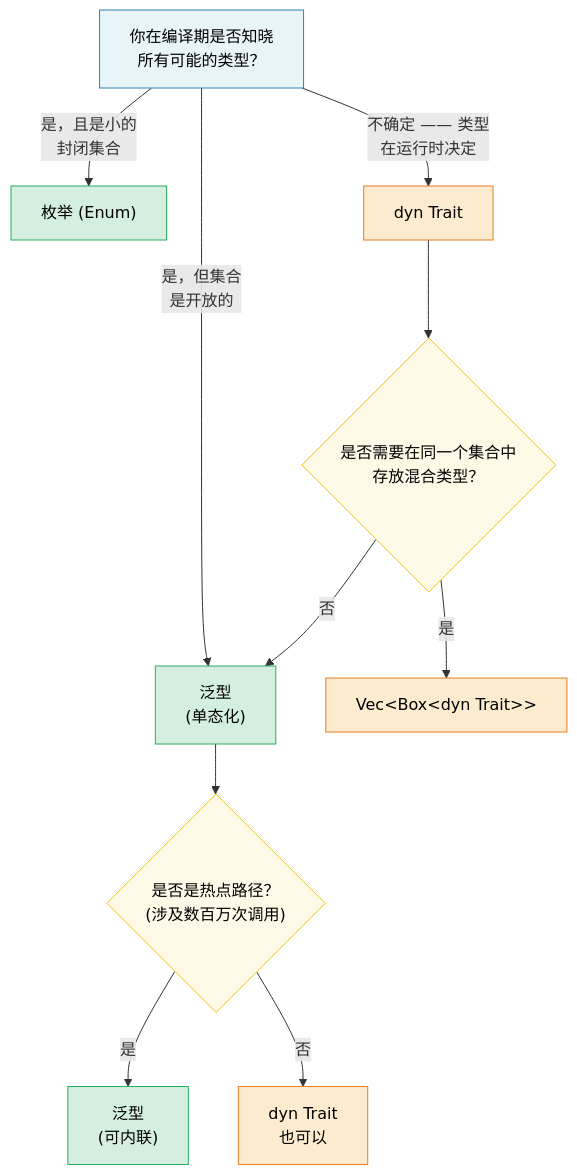
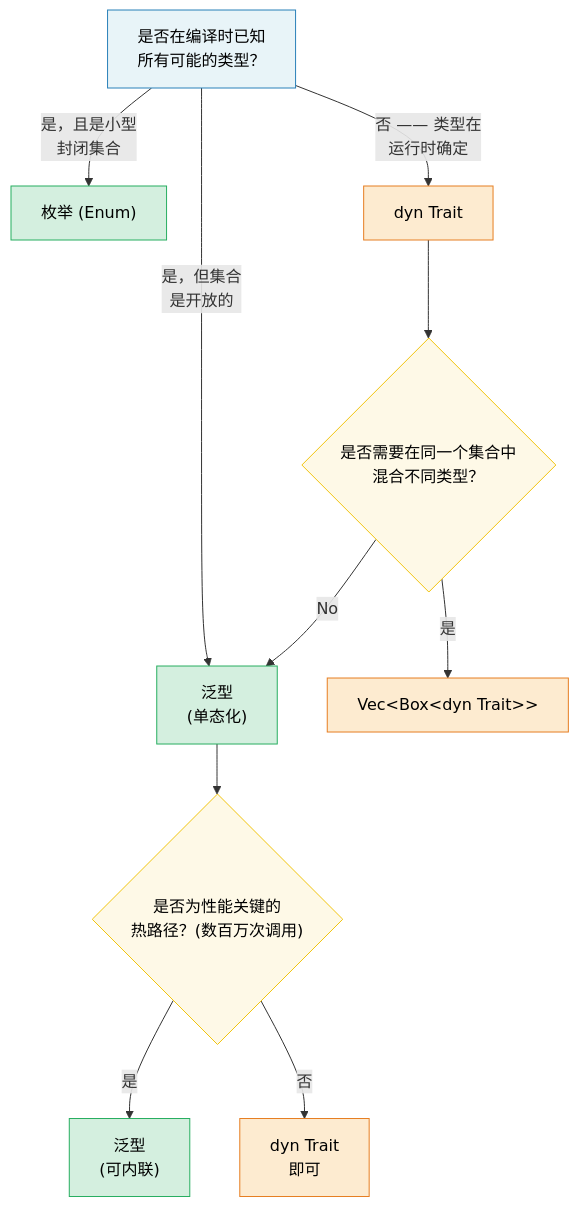
Before and after one commit to veegn/rust-training-zh: the diagram in rust-patterns-book/src/zh/ch01-generics-the-full-picture.md, drawn with Mermaid. The commit also changed other lines of this file and 354 other files, not shown here.

````diff
--- a/rust-patterns-book/src/zh/ch01-generics-the-full-picture.md
+++ b/rust-patterns-book/src/zh/ch01-generics-the-full-picture.md
@@ -96,25 +142,25 @@
 ```mermaid
 flowchart TD
-    A["你在编译期是否知晓<br>所有可能的类型？"]
-    A -->|"是，且是小的<br>封闭集合"| B["枚举 (Enum)"]
+    A["是否在编译时已知<br>所有可能的类型？"]
+    A -->|"是，且是小型<br>封闭集合"| B["枚举 (Enum)"]
     A -->|"是，但集合<br>是开放的"| C["泛型<br>(单态化)"]
-    A -->|"不确定 —— 类型<br>在运行时决定"| D["dyn Trait"]
+    A -->|"否 —— 类型在<br>运行时确定"| D["dyn Trait"]
 
-    C --> E{"是否是热点路径？<br>(涉及数百万次调用)"}
+    C --> E{"是否为性能关键的<br>热路径？(数百万次调用)"}
     E -->|是| F["泛型<br>(可内联)"]
-    E -->|否| G["dyn Trait<br>也可以"]
+    E -->|否| G["dyn Trait<br>即可"]
 
-    D --> H{"是否需要在同一个集合中<br>存放混合类型？"}
+    D --> H{"是否需要在同一个集合中<br>混合不同类型？"}
     H -->|是| I["Vec&lt;Box&lt;dyn Trait&gt;&gt;"]
-    H -->|否| C
+    H -->|No| C
 
     style A fill:#e8f4f8,stroke:#2980b9,color:#000
     style B fill:#d4efdf,stroke:#27ae60,color:#000
     style C fill:#d4efdf,stroke:#27ae60,color:#000
     style D fill:#fdebd0,stroke:#e67e22,color:#000
     style F fill:#d4efdf,stroke:#27ae60,color:#000
     style G fill:#fdebd0,stroke:#e67e22,color:#000
     style I fill:#fdebd0,stroke:#e67e22,color:#000
     style E fill:#fef9e7,stroke:#f1c40f,color:#000
     style H fill:#fef9e7,stroke:#f1c40f,color:#000
 ```
````
